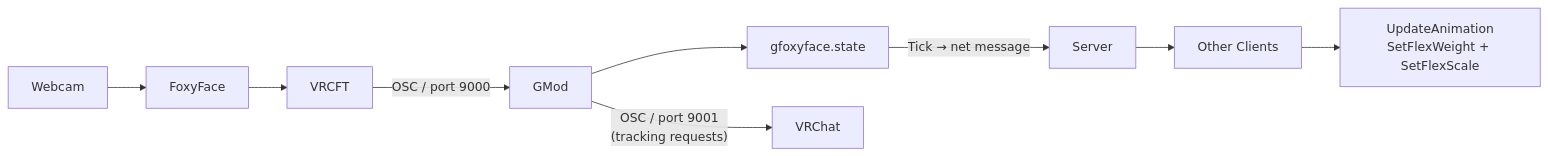
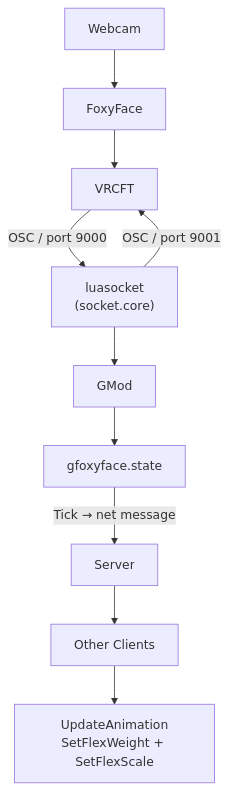
Before and after one commit to Metastruct/gfoxyface: the diagram in README.md, drawn with Mermaid. The commit also changed other lines of this file, not shown here.

Commit message:
fix data flow

````diff
--- a/README.md
+++ b/README.md
@@ -58,10 +59,11 @@
 ```mermaid
-flowchart LR
+flowchart TB
     Webcam --> FoxyFace --> VRCFT
-    VRCFT -- "OSC / port 9000" --> GMod
+    VRCFT -- "OSC / port 9000" --> luasocket["luasocket<br/>(socket.core)"]
+    luasocket -- "OSC / port 9001" --> VRCFT
+    luasocket --> GMod
     GMod --> gfoxyface_state["gfoxyface.state"]
     gfoxyface_state -- "Tick → net message" --> Server
     Server --> OtherClients["Other Clients"]
     OtherClients --> UpdateAnimation["UpdateAnimation<br/>SetFlexWeight + SetFlexScale"]
-    GMod -- "OSC / port 9001<br/>(tracking requests)" --> VRChat
 ```
````
